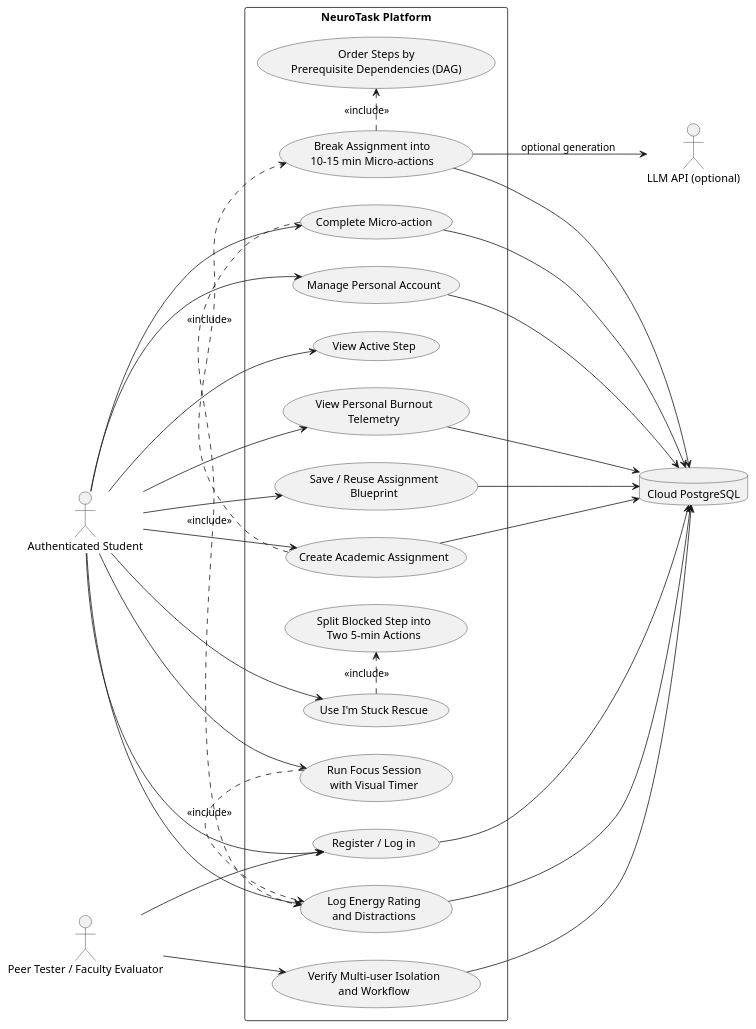
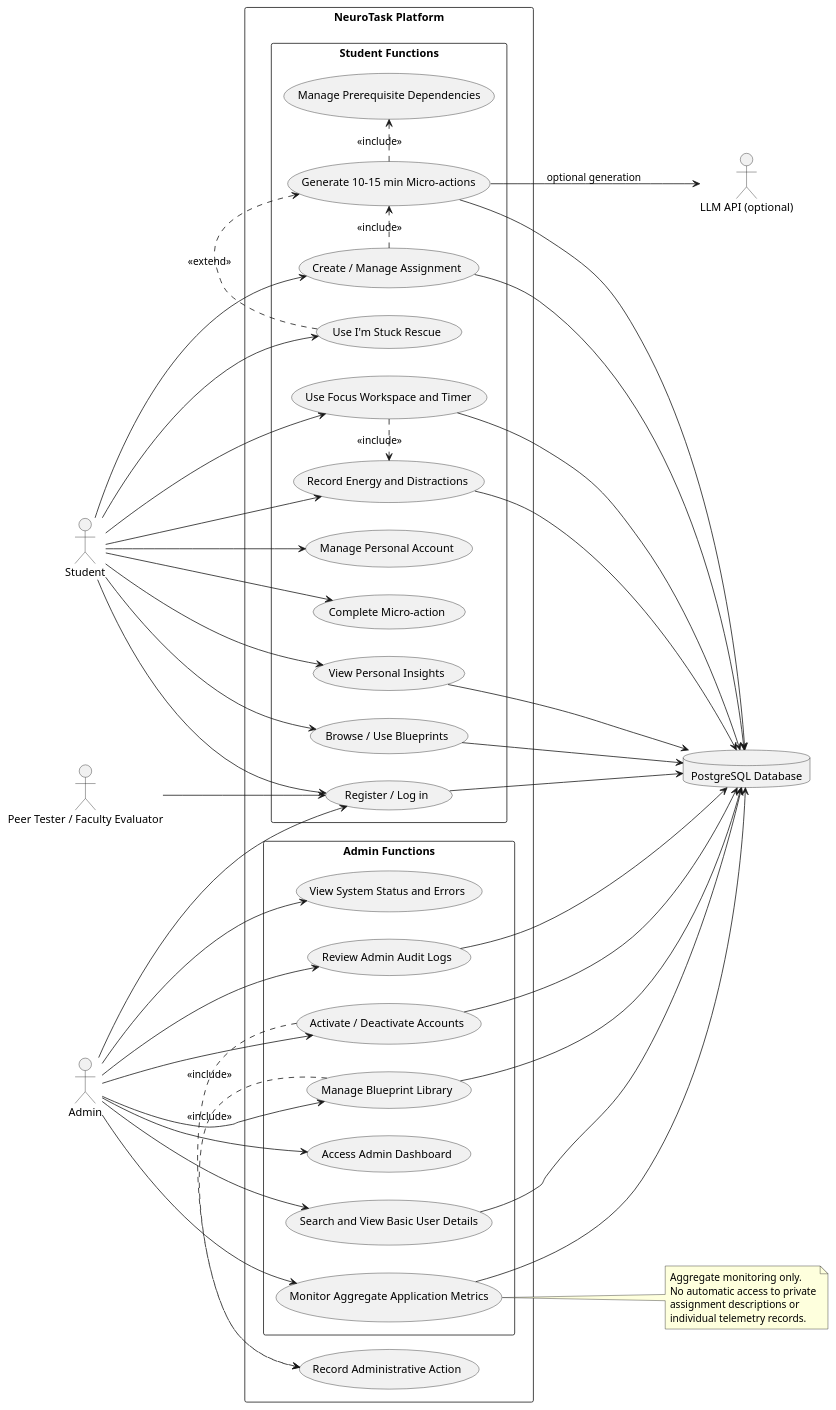
The diagram in docs/use_case_diagram.puml (Johnathan-joy/NeuroTask), drawn with PlantUML before and after one commit.

Commit message:
Update use-case diagram for Student and Admin roles

```diff
--- a/docs/use_case_diagram.puml
+++ b/docs/use_case_diagram.puml
@@ -1,57 +1,88 @@
 @startuml
 left to right direction
 skinparam packageStyle rectangle
 skinparam shadowing false
 
-actor "Authenticated Student" as Student
+actor "Student" as Student
+actor "Admin" as Admin
 actor "Peer Tester / Faculty Evaluator" as Evaluator
 actor "LLM API (optional)" as LLM
-database "Cloud PostgreSQL" as DB
+database "PostgreSQL Database" as DB
 
 rectangle "NeuroTask Platform" {
-  usecase "Register / Log in" as UC1
-  usecase "Manage Personal Account" as UC2
-  usecase "Create Academic Assignment" as UC3
-  usecase "Break Assignment into\n10–15 min Micro-actions" as UC4
-  usecase "Order Steps by\nPrerequisite Dependencies (DAG)" as UC5
-  usecase "View Active Step" as UC6
-  usecase "Run Focus Session\nwith Visual Timer" as UC7
-  usecase "Complete Micro-action" as UC8
-  usecase "Use I'm Stuck Rescue" as UC9
-  usecase "Split Blocked Step into\nTwo 5-min Actions" as UC10
-  usecase "Log Energy Rating\nand Distractions" as UC11
-  usecase "View Personal Burnout\nTelemetry" as UC12
-  usecase "Save / Reuse Assignment\nBlueprint" as UC13
-  usecase "Verify Multi-user Isolation\nand Workflow" as UC14
+  package "Student Functions" {
+    usecase "Register / Log in" as UC1
+    usecase "Manage Personal Account" as UC2
+    usecase "Create / Manage Assignment" as UC3
+    usecase "Generate 10–15 min Micro-actions" as UC4
+    usecase "Manage Prerequisite Dependencies" as UC5
+    usecase "Use Focus Workspace and Timer" as UC6
+    usecase "Complete Micro-action" as UC7
+    usecase "Use I'm Stuck Rescue" as UC8
+    usecase "Record Energy and Distractions" as UC9
+    usecase "View Personal Insights" as UC10
+    usecase "Browse / Use Blueprints" as UC11
+  }
+
+  package "Admin Functions" {
+    usecase "Access Admin Dashboard" as UC12
+    usecase "Search and View Basic User Details" as UC13
+    usecase "Activate / Deactivate Accounts" as UC14
+    usecase "Monitor Aggregate Application Metrics" as UC15
+    usecase "View System Status and Errors" as UC16
+    usecase "Manage Blueprint Library" as UC17
+    usecase "Review Admin Audit Logs" as UC18
+  }
+
+  usecase "Record Administrative Action" as UC19
 }
 
 Student --> UC1
 Student --> UC2
 Student --> UC3
 Student --> UC6
 Student --> UC7
 Student --> UC8
 Student --> UC9
+Student --> UC10
 Student --> UC11
-Student --> UC12
-Student --> UC13
 
 UC3 .> UC4 : <<include>>
 UC4 .> UC5 : <<include>>
-UC9 .> UC10 : <<include>>
-UC7 .> UC11 : <<include>>
-UC8 .> UC11 : <<include>>
+UC8 .> UC4 : <<extend>>
+UC6 .> UC9 : <<include>>
+
+Admin --> UC1
+Admin --> UC12
+Admin --> UC13
+Admin --> UC14
+Admin --> UC15
+Admin --> UC16
+Admin --> UC17
+Admin --> UC18
+
+UC14 .> UC19 : <<include>>
+UC17 .> UC19 : <<include>>
+
 UC4 --> LLM : optional generation
 UC1 --> DB
-UC2 --> DB
 UC3 --> DB
 UC4 --> DB
-UC8 --> DB
+UC6 --> DB
+UC9 --> DB
+UC10 --> DB
 UC11 --> DB
-UC12 --> DB
 UC13 --> DB
+UC14 --> DB
+UC15 --> DB
+UC17 --> DB
+UC18 --> DB
 
 Evaluator --> UC1
-Evaluator --> UC14
-UC14 --> DB
+note right of UC15
+  Aggregate monitoring only.
+  No automatic access to private
+  assignment descriptions or
+  individual telemetry records.
+end note
 @enduml
```
